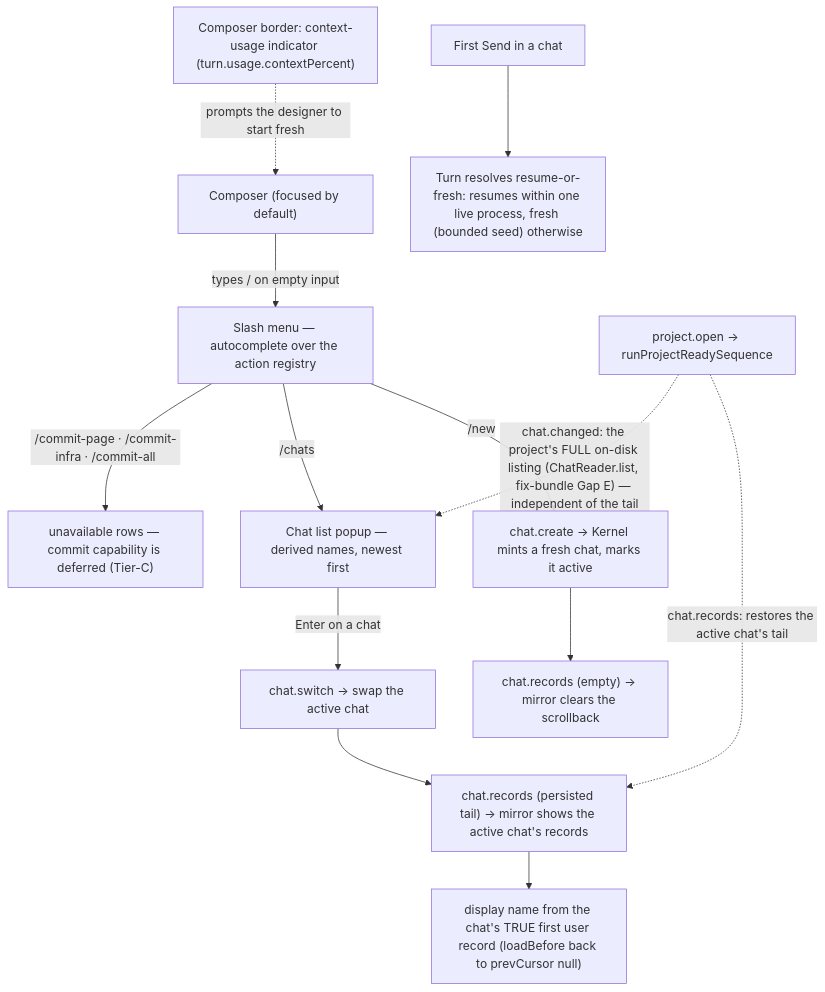
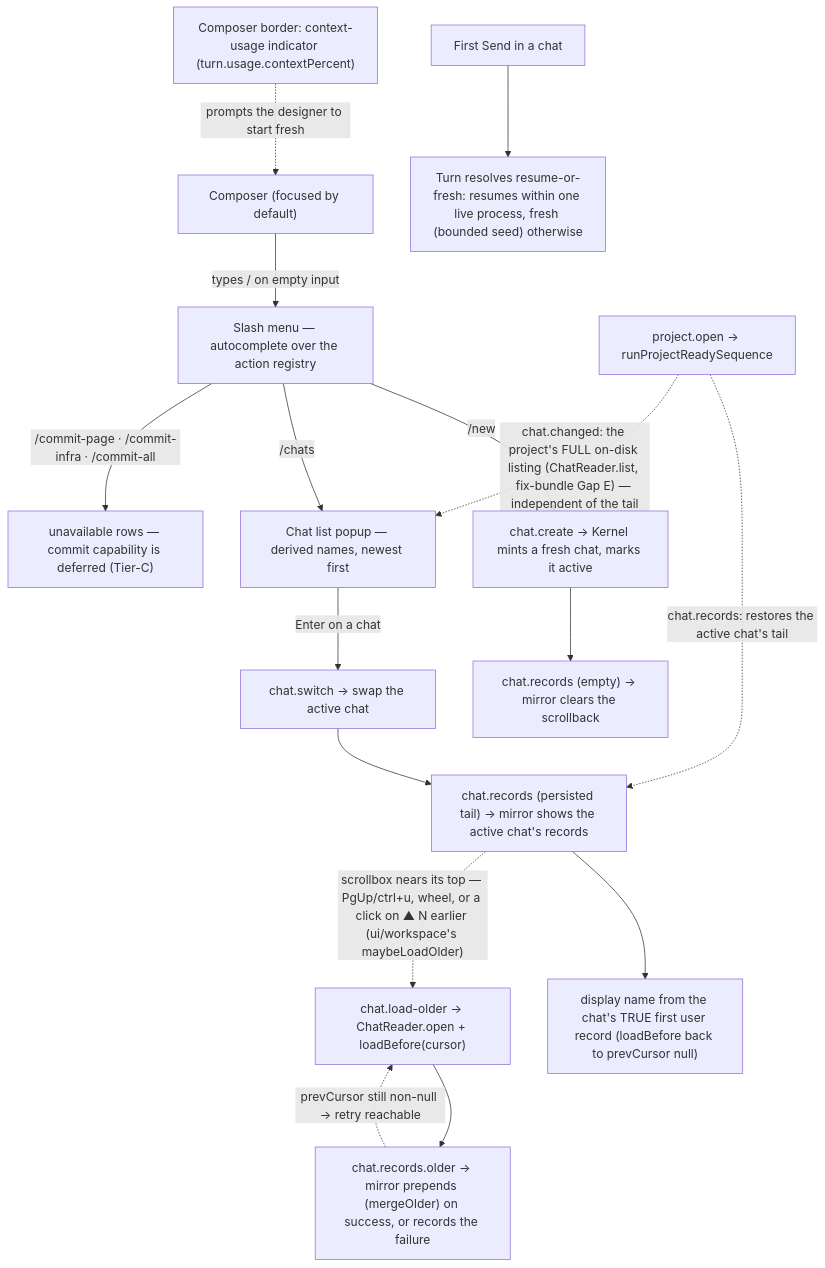
One commit to khmilevoi/termcraft changed the diagram in docs/architecture/flows/chats.md. Above: the diagram before and after it, drawn with Mermaid. The commit also changed other lines of this file and 7 other files, not shown here.

First line of the commit message:
docs(architecture): record the chat history paging leg

````diff
--- a/docs/architecture/flows/chats.md
+++ b/docs/architecture/flows/chats.md
@@ -3,15 +3,18 @@
 ```mermaid
 flowchart TD
     composer["Composer (focused by default)"] -- "types / on empty input" --> menu["Slash menu — autocomplete over the action registry"]
     menu -- "/new" --> create["chat.create → Kernel mints a fresh chat, marks it active"]
     menu -- "/chats" --> list["Chat list popup — derived names, newest first"]
     menu -- "/commit-page · /commit-infra · /commit-all" --> commit["unavailable rows — commit capability is deferred (Tier-C)"]
     list -- "Enter on a chat" --> switch["chat.switch → swap the active chat"]
     create --> emptytail["chat.records (empty) → mirror clears the scrollback"]
     switch --> tail["chat.records (persisted tail) → mirror shows the active chat's records"]
     tail --> name["display name from the chat's TRUE first user record (loadBefore back to prevCursor null)"]
+    tail -. "scrollbox nears its top — PgUp/ctrl+u, wheel, or a click on ▲ N earlier (ui/workspace's maybeLoadOlder)" .-> loadolder["chat.load-older → ChatReader.open + loadBefore(cursor)"]
+    loadolder --> older["chat.records.older → mirror prepends (mergeOlder) on success, or records the failure"]
+    older -. "prevCursor still non-null → retry reachable" .-> loadolder
     send["First Send in a chat"] --> fresh["Turn resolves resume-or-fresh: resumes within one live process, fresh (bounded seed) otherwise"]
     relaunch["project.open → runProjectReadySequence"] -. "chat.records: restores the active chat's tail" .-> tail
     relaunch -. "chat.changed: the project's FULL on-disk listing (ChatReader.list, fix-bundle Gap E) — independent of the tail" .-> list
     usage["Composer border: context-usage indicator (turn.usage.contextPercent)"] -. "prompts the designer to start fresh" .-> composer
 ```
````
